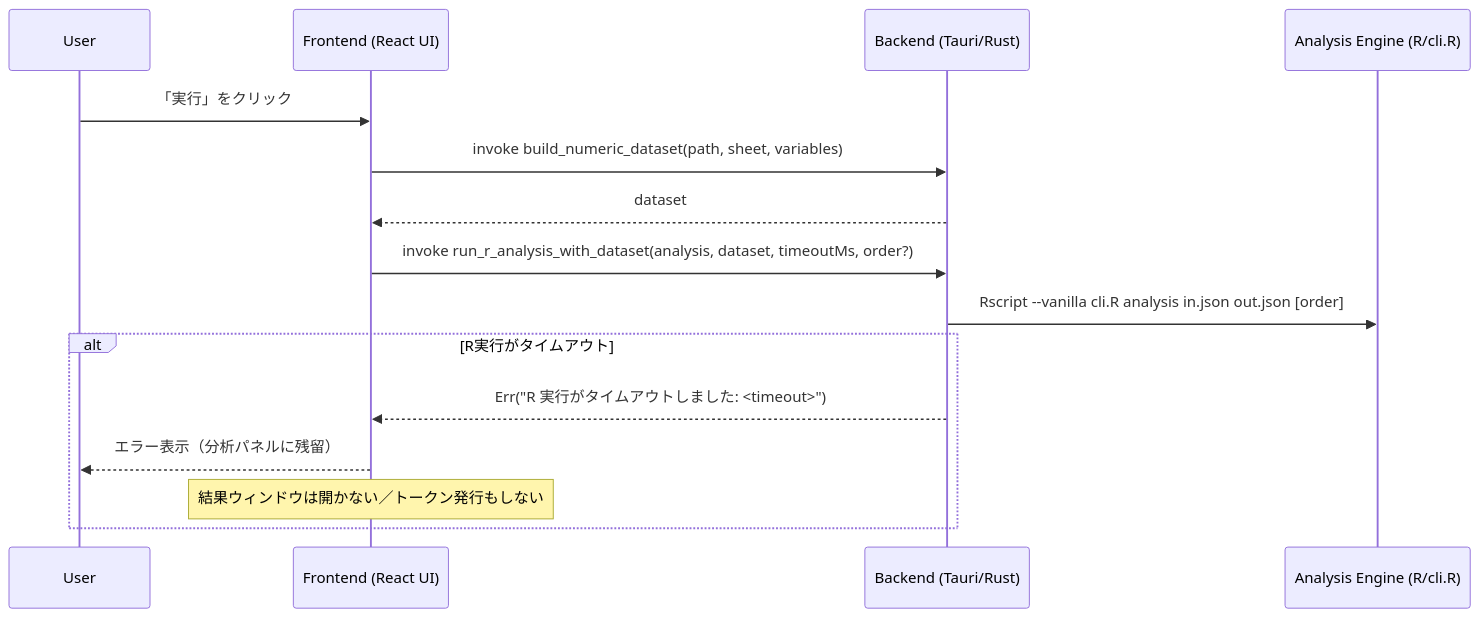
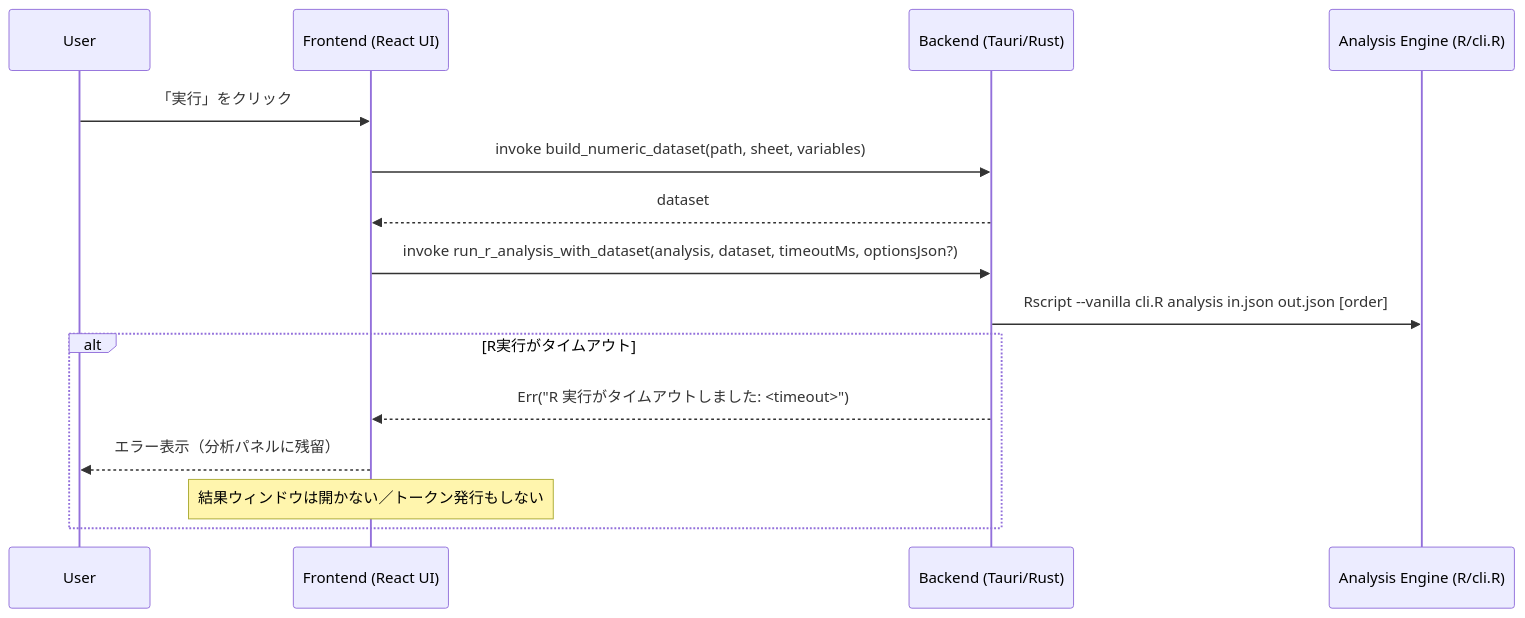
Before and after one commit to stkii/sai: the third of 3 diagrams in docs/ARCHITECTURE.md, drawn with Mermaid. The commit also changed other lines of this file and 8 other files, not shown here.

````diff
--- a/docs/ARCHITECTURE.md
+++ b/docs/ARCHITECTURE.md
@@ -57,20 +57,20 @@
 ```mermaid
 sequenceDiagram
     participant U as User
     participant F as Frontend (React UI)
     participant T as Backend (Tauri/Rust)
     participant R as Analysis Engine (R/cli.R)
 
     U->>F: 「実行」をクリック
     F->>T: invoke build_numeric_dataset(path, sheet, variables)
     T-->>F: dataset
 
-    F->>T: invoke run_r_analysis_with_dataset(analysis, dataset, timeoutMs, order?)
+    F->>T: invoke run_r_analysis_with_dataset(analysis, dataset, timeoutMs, optionsJson?)
     T->>R: Rscript --vanilla cli.R analysis in.json out.json [order]
 
     alt R実行がタイムアウト
       T-->>F: Err("R 実行がタイムアウトしました: <timeout>")
       F-->>U: エラー表示（分析パネルに残留）
       Note over F: 結果ウィンドウは開かない／トークン発行もしない
     end
 ```
````
